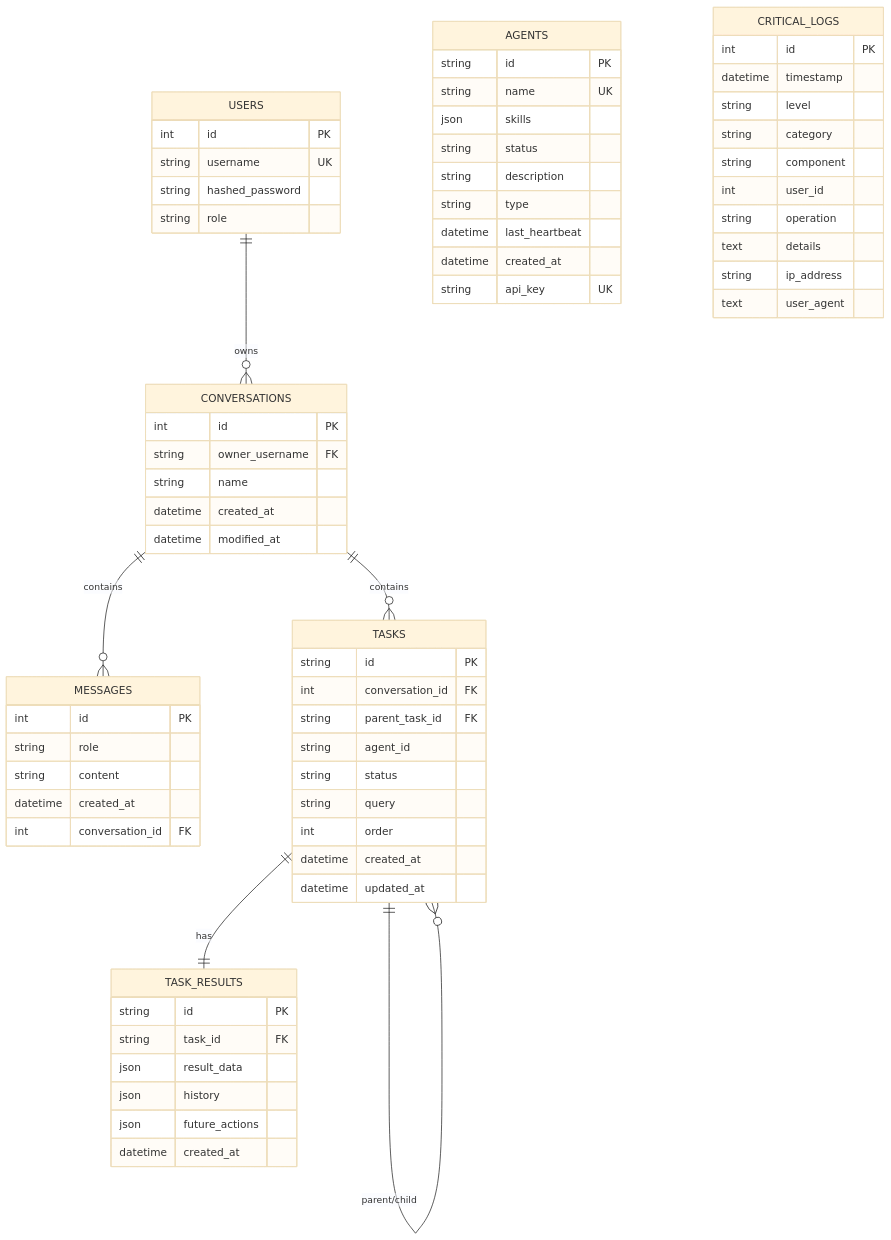
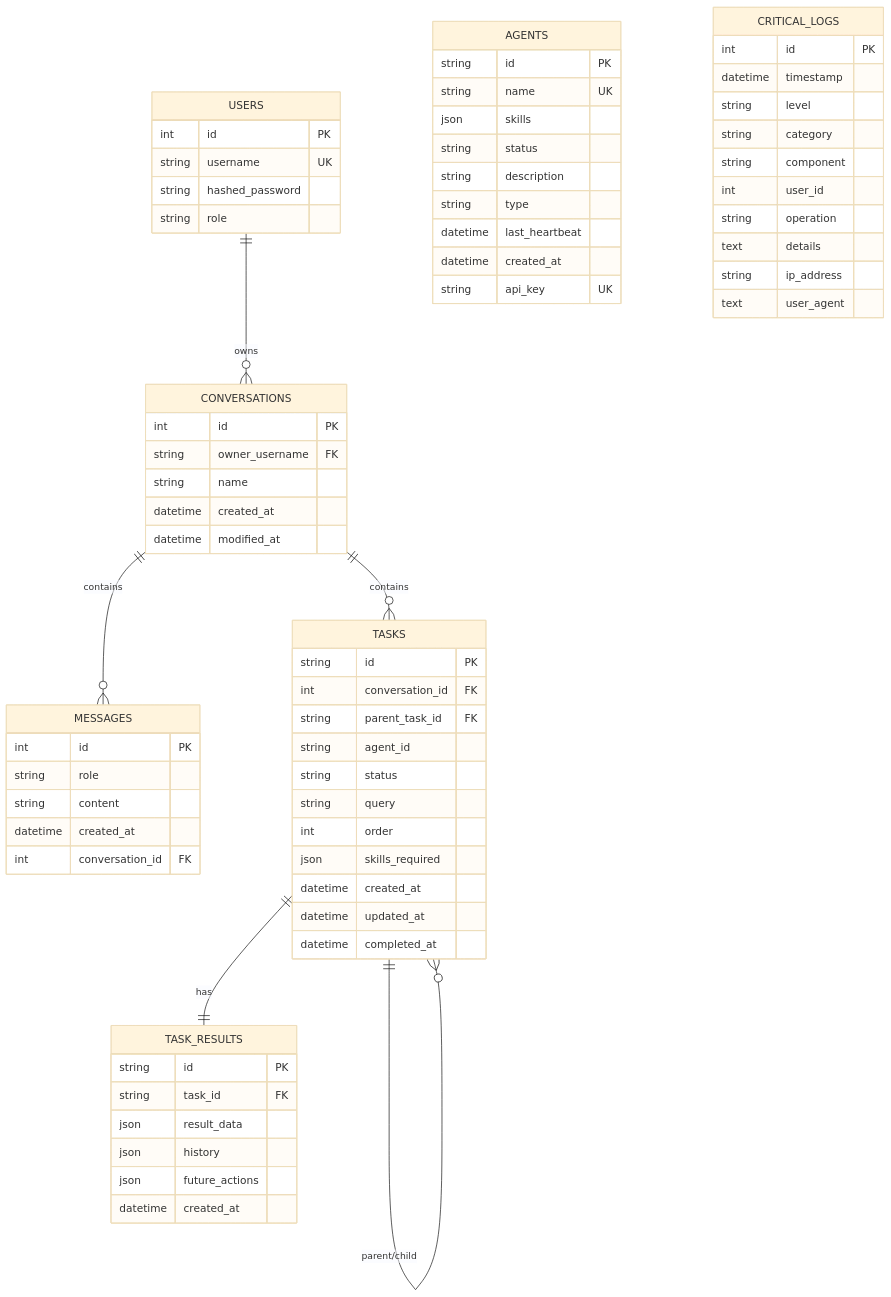
The sixth of 7 diagrams in docs/architecture.md (Horus-EIP/horus), drawn with Mermaid (base theme) before and after one commit. The commit also changed other lines of this file and 20 other files, not shown here.

````diff
--- a/docs/architecture.md
+++ b/docs/architecture.md
@@ -346,77 +346,79 @@
 ```mermaid
 erDiagram
     USERS ||--o{ CONVERSATIONS : owns
     CONVERSATIONS ||--o{ MESSAGES : contains
     CONVERSATIONS ||--o{ TASKS : contains
     TASKS ||--o{ TASKS : "parent/child"
     TASKS ||--|| TASK_RESULTS : has
 
     USERS {
         int id PK
         string username UK
         string hashed_password
         string role
     }
 
     CONVERSATIONS {
         int id PK
         string owner_username FK
         string name
         datetime created_at
         datetime modified_at
     }
 
     MESSAGES {
         int id PK
         string role
         string content
         datetime created_at
         int conversation_id FK
     }
 
     AGENTS {
         string id PK
         string name UK
         json skills
         string status
         string description
         string type
         datetime last_heartbeat
         datetime created_at
         string api_key UK
     }
 
     TASKS {
         string id PK
         int conversation_id FK
         string parent_task_id FK
         string agent_id
         string status
         string query
         int order
+        json skills_required
         datetime created_at
         datetime updated_at
+        datetime completed_at
     }
 
     TASK_RESULTS {
         string id PK
         string task_id FK
         json result_data
         json history
         json future_actions
         datetime created_at
     }
 
     CRITICAL_LOGS {
         int id PK
         datetime timestamp
         string level
         string category
         string component
         int user_id
         string operation
         text details
         string ip_address
         text user_agent
     }
 ```
````
